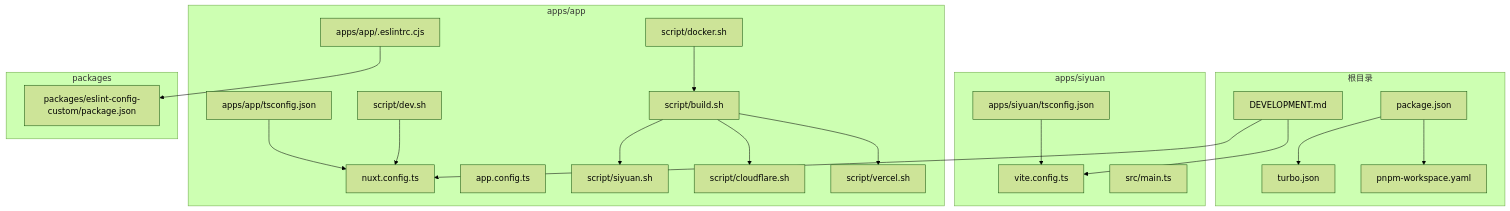
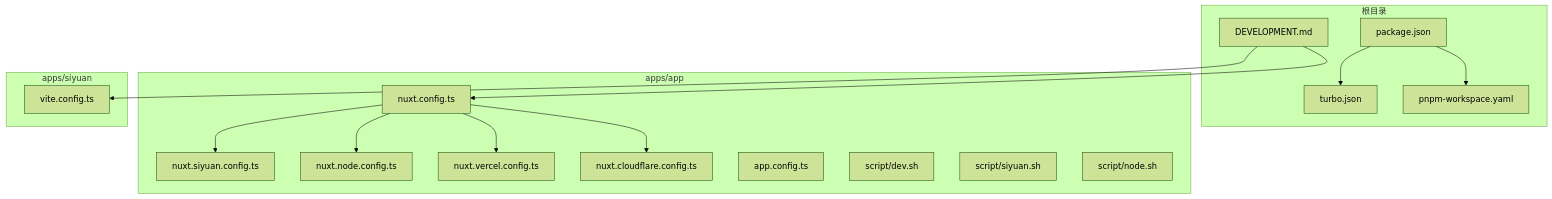
The first of 8 diagrams in .qoder/repowiki/zh/content/开发者指南/开发者指南.md (terwer/siyuan-plugin-blog), drawn with Mermaid (forest theme) before and after one commit. The commit also changed other lines of this file and 20 other files, not shown here.

Commit message:
docs: update repowiki docs for app config and outline system

````diff
--- a/.qoder/repowiki/zh/content/开发者指南/开发者指南.md
+++ b/.qoder/repowiki/zh/content/开发者指南/开发者指南.md
@@ -51,41 +56,31 @@
 ```mermaid
 graph TB
 subgraph "根目录"
 P["package.json"]
 T["turbo.json"]
 W["pnpm-workspace.yaml"]
 D["DEVELOPMENT.md"]
 end
 subgraph "apps/app"
 NC["nuxt.config.ts"]
-AC["app.config.ts"]
-ESL["apps/app/.eslintrc.cjs"]
-TSAPP["apps/app/tsconfig.json"]
+NS["nuxt.siyuan.config.ts"]
+NN["nuxt.node.config.ts"]
+NV["nuxt.vercel.config.ts"]
+NCF["nuxt.cloudflare.config.ts"]
+AS["app.config.ts"]
 DEVSH["script/dev.sh"]
-BLD["script/build.sh"]
 SIY["script/siyuan.sh"]
-CF["script/cloudflare.sh"]
-VER["script/vercel.sh"]
-DK["script/docker.sh"]
+NODE["script/node.sh"]
 end
 subgraph "apps/siyuan"
 VC["vite.config.ts"]
-TSX["apps/siyuan/tsconfig.json"]
-MAIN["src/main.ts"]
-end
-subgraph "packages"
-ESLP["packages/eslint-config-custom/package.json"]
 end
 P --> T
 P --> W
 D --> NC
 D --> VC
-ESL --> ESLP
-TSAPP --> NC
-TSX --> VC
-BLD --> SIY
-BLD --> CF
-BLD --> VER
-DEVSH --> NC
-DK --> BLD
+NC --> NS
+NC --> NN
+NC --> NV
+NC --> NCF
 ```
````
